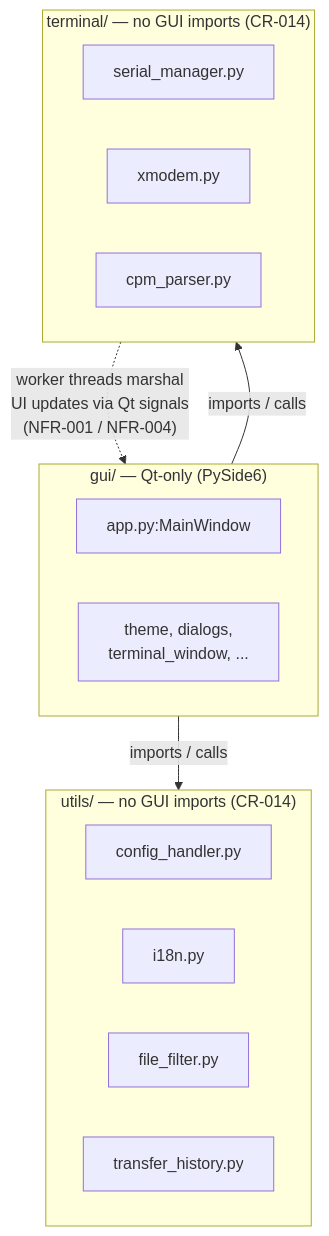
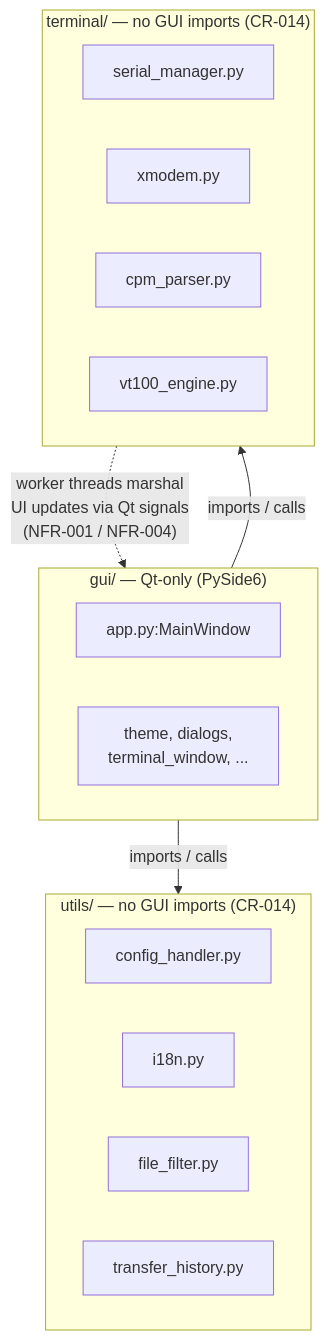
Before and after one commit to turbo-gecko/CPM_FM: the diagram in docs/cpm_fm_architecture.md, drawn with Mermaid. The commit also changed other lines of this file and 18 other files, not shown here.

````diff
--- a/docs/cpm_fm_architecture.md
+++ b/docs/cpm_fm_architecture.md
@@ -53,21 +53,22 @@
 ```mermaid
 flowchart TD
     subgraph GUI["gui/ — Qt-only (PySide6)"]
         APP["app.py:MainWindow"]
         WIDGETS["theme, dialogs,<br/>terminal_window, ..."]
     end
     subgraph TERM["terminal/ — no GUI imports (CR-014)"]
         SM[serial_manager.py]
         XM[xmodem.py]
         CP[cpm_parser.py]
+        VT[vt100_engine.py]
     end
     subgraph UTILS["utils/ — no GUI imports (CR-014)"]
         CFG[config_handler.py]
         I18N[i18n.py]
         FF[file_filter.py]
         TH[transfer_history.py]
     end
     GUI -->|imports / calls| TERM
     GUI -->|imports / calls| UTILS
     TERM -. "worker threads marshal<br/>UI updates via Qt signals<br/>(NFR-001 / NFR-004)" .-> GUI
 ```
````
